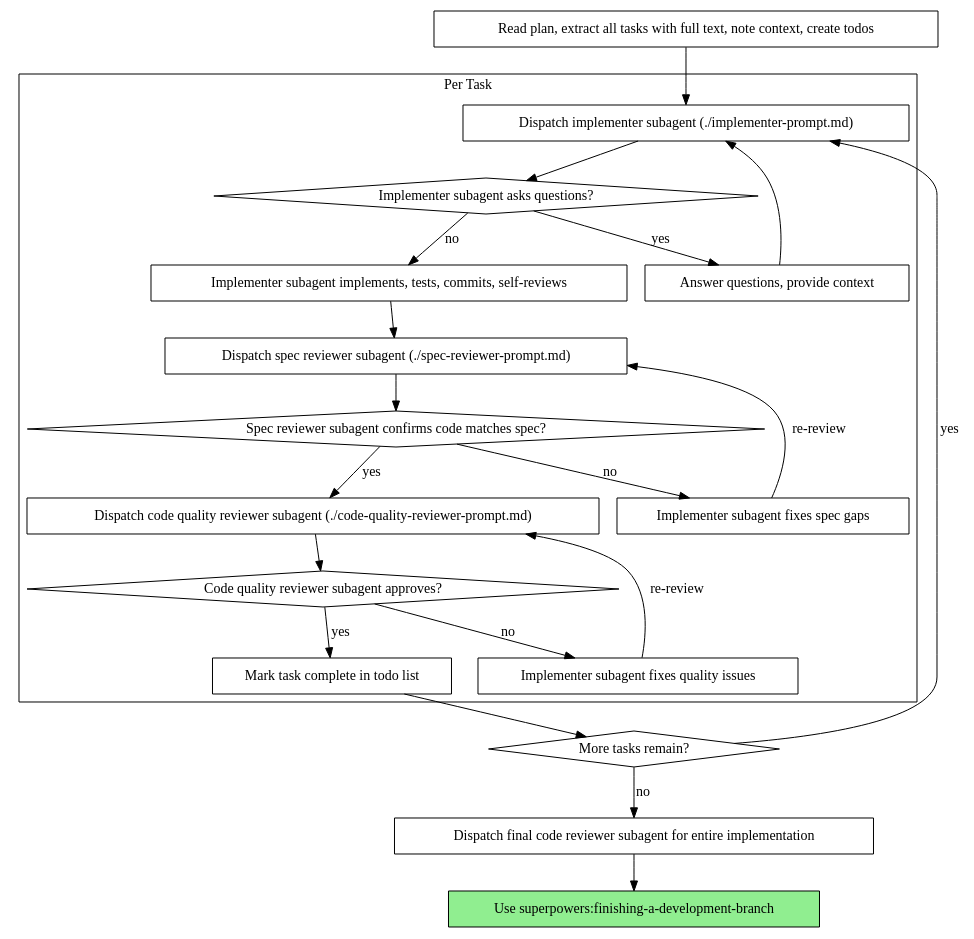
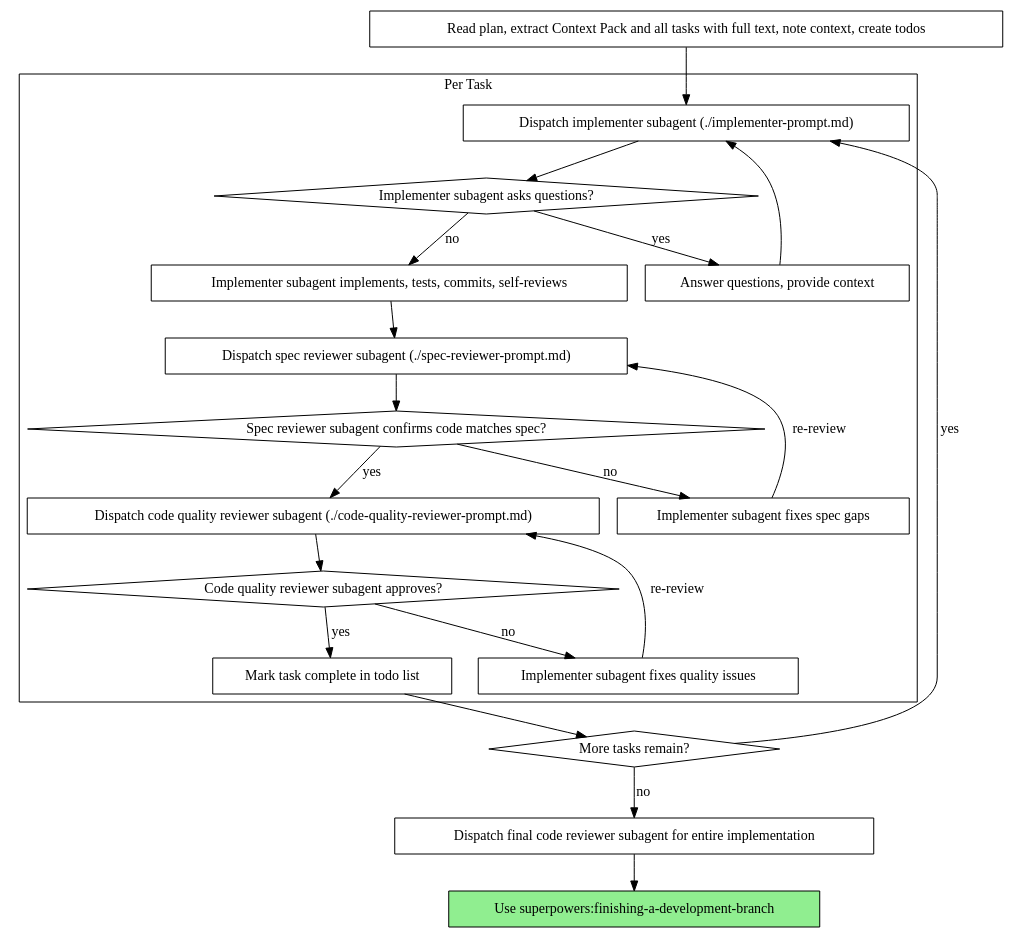
Before and after one commit to obra/superpowers: the second of 2 diagrams in skills/subagent-driven-development/SKILL.md, drawn with Graphviz. The commit also changed other lines of this file and 5 other files, not shown here.

Commit message:
docs: add context pack handoff contract

````diff
--- a/skills/subagent-driven-development/SKILL.md
+++ b/skills/subagent-driven-development/SKILL.md
@@ -44,44 +44,44 @@
 ```dot
 digraph process {
     rankdir=TB;
 
     subgraph cluster_per_task {
         label="Per Task";
         "Dispatch implementer subagent (./implementer-prompt.md)" [shape=box];
         "Implementer subagent asks questions?" [shape=diamond];
         "Answer questions, provide context" [shape=box];
         "Implementer subagent implements, tests, commits, self-reviews" [shape=box];
         "Dispatch spec reviewer subagent (./spec-reviewer-prompt.md)" [shape=box];
         "Spec reviewer subagent confirms code matches spec?" [shape=diamond];
         "Implementer subagent fixes spec gaps" [shape=box];
         "Dispatch code quality reviewer subagent (./code-quality-reviewer-prompt.md)" [shape=box];
         "Code quality reviewer subagent approves?" [shape=diamond];
         "Implementer subagent fixes quality issues" [shape=box];
         "Mark task complete in todo list" [shape=box];
     }
 
-    "Read plan, extract all tasks with full text, note context, create todos" [shape=box];
+    "Read plan, extract Context Pack and all tasks with full text, note context, create todos" [shape=box];
     "More tasks remain?" [shape=diamond];
     "Dispatch final code reviewer subagent for entire implementation" [shape=box];
     "Use superpowers:finishing-a-development-branch" [shape=box style=filled fillcolor=lightgreen];
 
-    "Read plan, extract all tasks with full text, note context, create todos" -> "Dispatch implementer subagent (./implementer-prompt.md)";
+    "Read plan, extract Context Pack and all tasks with full text, note context, create todos" -> "Dispatch implementer subagent (./implementer-prompt.md)";
     "Dispatch implementer subagent (./implementer-prompt.md)" -> "Implementer subagent asks questions?";
     "Implementer subagent asks questions?" -> "Answer questions, provide context" [label="yes"];
     "Answer questions, provide context" -> "Dispatch implementer subagent (./implementer-prompt.md)";
     "Implementer subagent asks questions?" -> "Implementer subagent implements, tests, commits, self-reviews" [label="no"];
     "Implementer subagent implements, tests, commits, self-reviews" -> "Dispatch spec reviewer subagent (./spec-reviewer-prompt.md)";
     "Dispatch spec reviewer subagent (./spec-reviewer-prompt.md)" -> "Spec reviewer subagent confirms code matches spec?";
     "Spec reviewer subagent confirms code matches spec?" -> "Implementer subagent fixes spec gaps" [label="no"];
     "Implementer subagent fixes spec gaps" -> "Dispatch spec reviewer subagent (./spec-reviewer-prompt.md)" [label="re-review"];
     "Spec reviewer subagent confirms code matches spec?" -> "Dispatch code quality reviewer subagent (./code-quality-reviewer-prompt.md)" [label="yes"];
     "Dispatch code quality reviewer subagent (./code-quality-reviewer-prompt.md)" -> "Code quality reviewer subagent approves?";
     "Code quality reviewer subagent approves?" -> "Implementer subagent fixes quality issues" [label="no"];
     "Implementer subagent fixes quality issues" -> "Dispatch code quality reviewer subagent (./code-quality-reviewer-prompt.md)" [label="re-review"];
     "Code quality reviewer subagent approves?" -> "Mark task complete in todo list" [label="yes"];
     "Mark task complete in todo list" -> "More tasks remain?";
     "More tasks remain?" -> "Dispatch implementer subagent (./implementer-prompt.md)" [label="yes"];
     "More tasks remain?" -> "Dispatch final code reviewer subagent for entire implementation" [label="no"];
     "Dispatch final code reviewer subagent for entire implementation" -> "Use superpowers:finishing-a-development-branch";
 }
 ```
````
